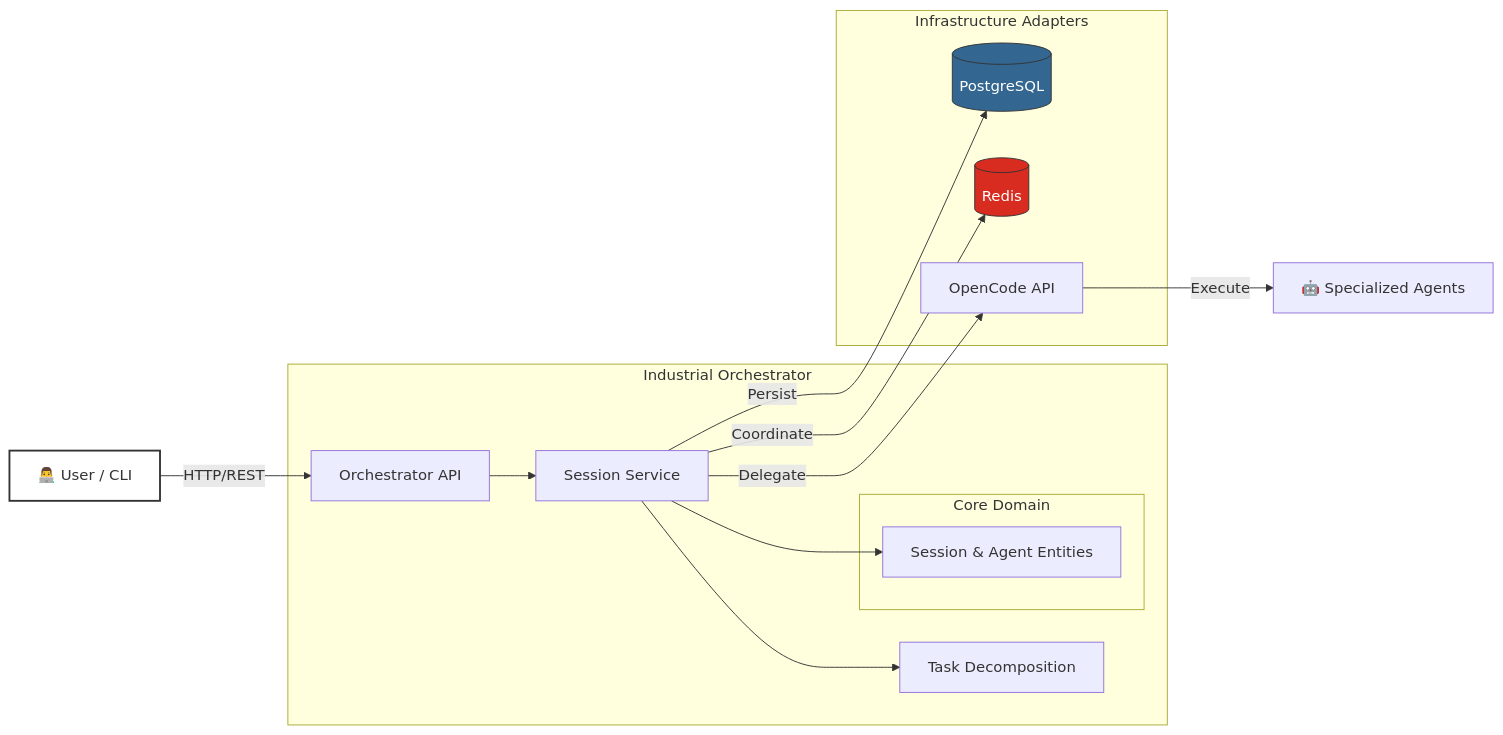
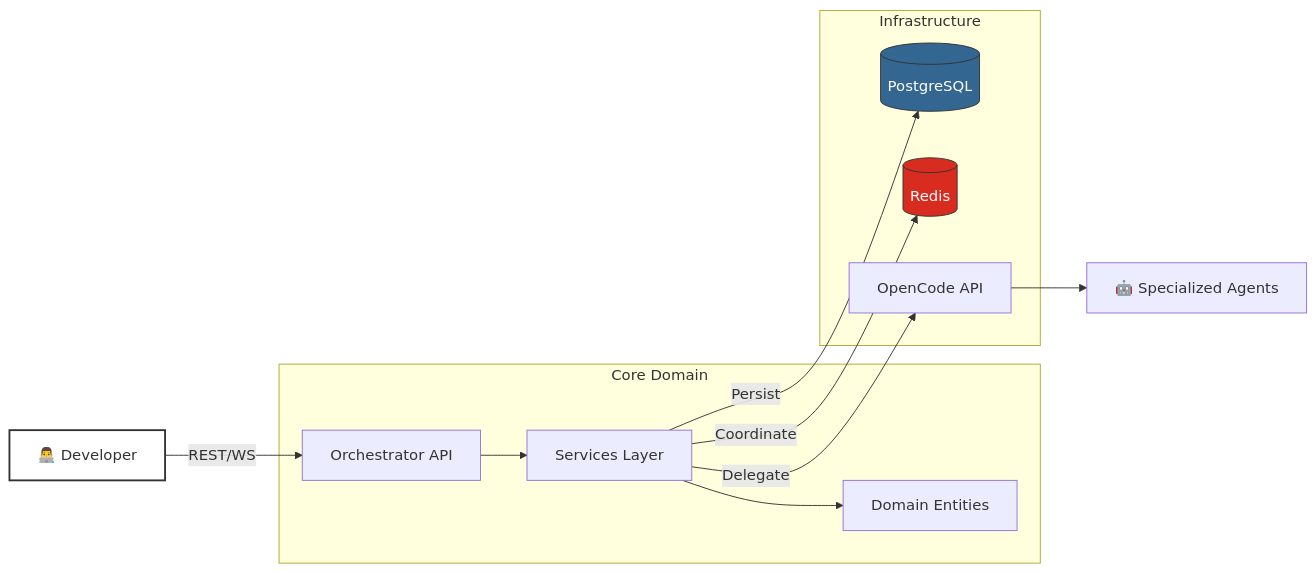
One commit to nordeim/OpenCode-Industrial-Orchestrator changed the diagram in README.md. Above: the diagram before and after it, drawn with Mermaid. The commit also changed other lines of this file and 2 other files, not shown here.

````diff
--- a/README.md
+++ b/README.md
@@ -73,27 +86,21 @@
 ```mermaid
 graph LR
-    User[👨‍💻 User / CLI] -->|HTTP/REST| API[Orchestrator API]
+    User[👨‍💻 Developer] -->|REST/WS| API[Orchestrator API]
     
-    subgraph "Industrial Orchestrator"
-        API --> Service[Session Service]
-        Service --> Planner[Task Decomposition]
-        
-        subgraph "Core Domain"
-            Entity[Session & Agent Entities]
-        end
-        
-        Service --> Entity
+    subgraph "Core Domain"
+        API --> Services[Services Layer]
+        Services --> Entities[Domain Entities]
     end
     
-    subgraph "Infrastructure Adapters"
-        Service -->|Persist| PG[(PostgreSQL)]
-        Service -->|Coordinate| Redis[(Redis)]
-        Service -->|Delegate| OpenCode[OpenCode API]
+    subgraph "Infrastructure"
+        Services -->|Persist| PG[(PostgreSQL)]
+        Services -->|Coordinate| Redis[(Redis)]
+        Services -->|Delegate| OpenCode[OpenCode API]
     end
     
-    OpenCode -->|Execute| Agents[🤖 Specialized Agents]
+    OpenCode --> Agents[🤖 Specialized Agents]
     
     style User fill:#fff,stroke:#333,stroke-width:2px
     style PG fill:#336791,stroke:#333,color:#fff
     style Redis fill:#D82C20,stroke:#333,color:#fff
 ```
````
